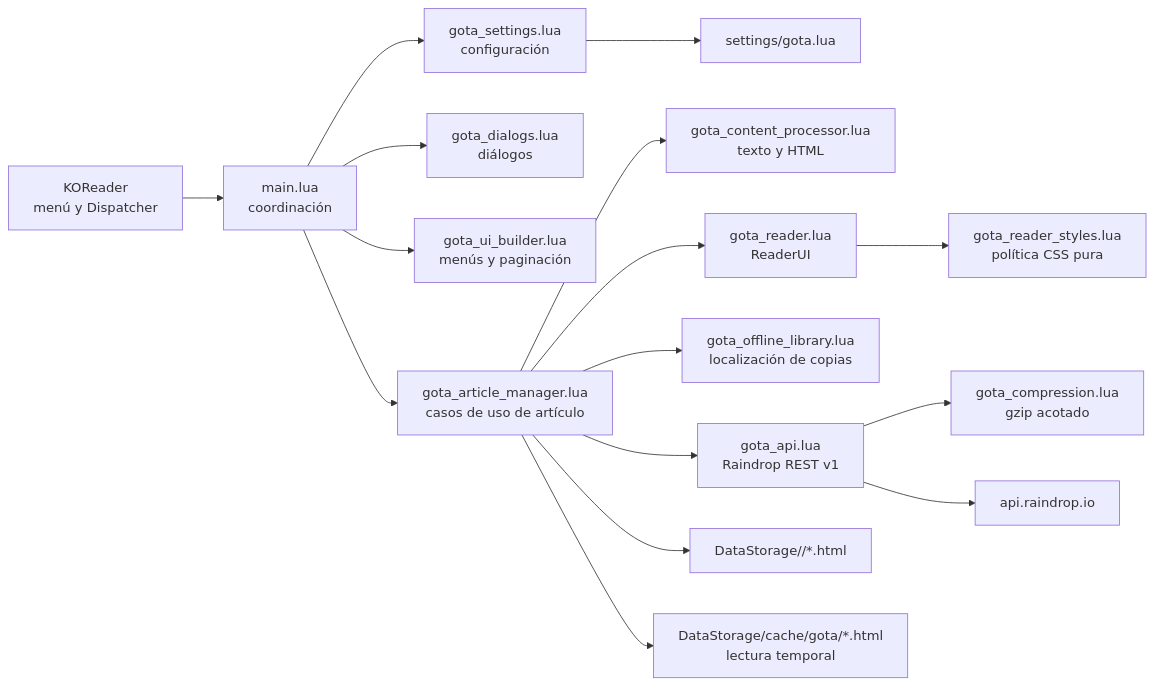
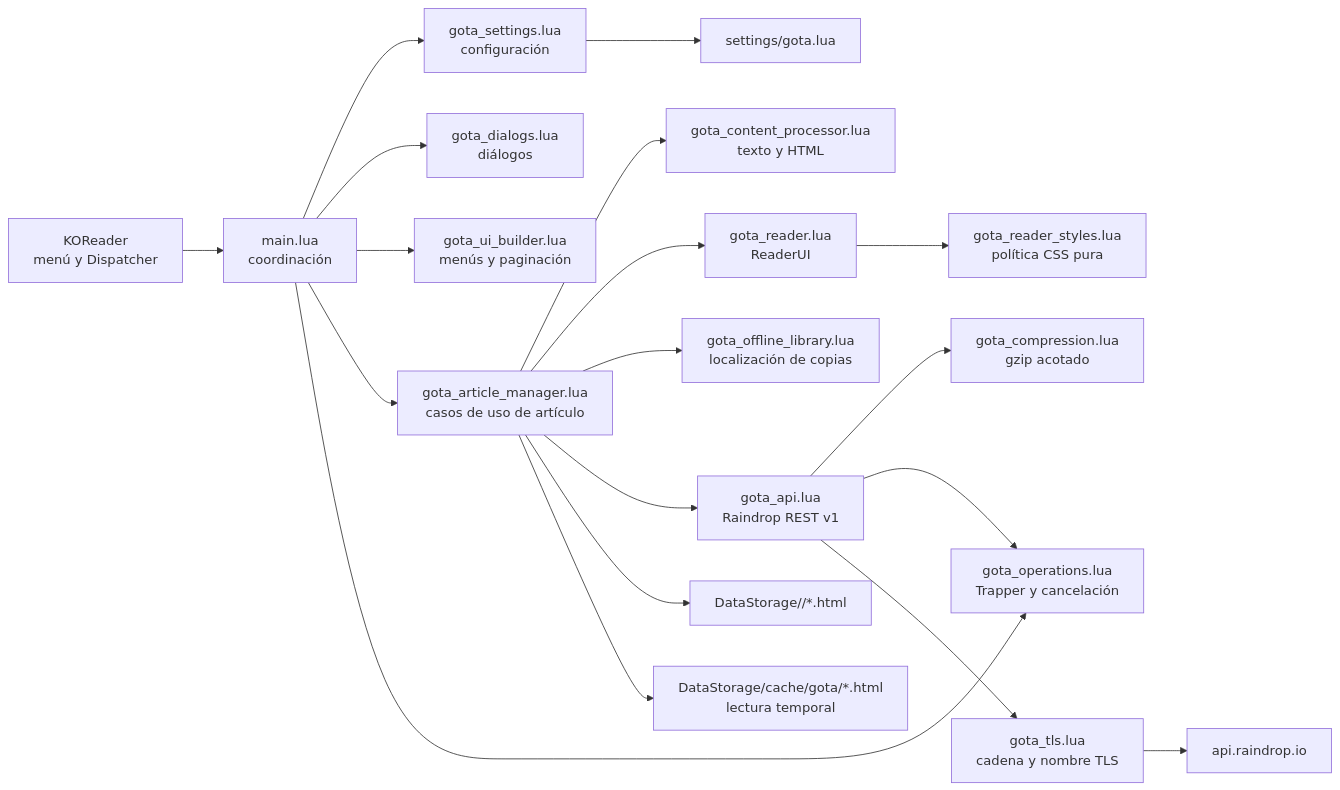
The first of 2 diagrams in gota.koplugin/ARCHITECTURE.md (cristenger/gota.koplugin-for-raindrop), drawn with Mermaid before and after one commit. The commit also changed other lines of this file and 30 other files, not shown here.

````diff
--- a/gota.koplugin/ARCHITECTURE.md
+++ b/gota.koplugin/ARCHITECTURE.md
@@ -13,18 +13,21 @@
 ```mermaid
 flowchart LR
     K["KOReader<br/>menú y Dispatcher"] --> M["main.lua<br/>coordinación"]
     M --> S["gota_settings.lua<br/>configuración"]
     M --> D["gota_dialogs.lua<br/>diálogos"]
     M --> U["gota_ui_builder.lua<br/>menús y paginación"]
     M --> A["gota_article_manager.lua<br/>casos de uso de artículo"]
     A --> C["gota_content_processor.lua<br/>texto y HTML"]
     A --> R["gota_reader.lua<br/>ReaderUI"]
     R --> Y["gota_reader_styles.lua<br/>política CSS pura"]
     A --> O["gota_offline_library.lua<br/>localización de copias"]
     A --> P["gota_api.lua<br/>Raindrop REST v1"]
     P --> Z["gota_compression.lua<br/>gzip acotado"]
-    P --> X["api.raindrop.io"]
+    M --> W["gota_operations.lua<br/>Trapper y cancelación"]
+    P --> W
+    P --> V["gota_tls.lua<br/>cadena y nombre TLS"]
+    V --> X["api.raindrop.io"]
     S --> F["settings/gota.lua"]
     A --> H["DataStorage/<download_path>/*.html"]
     A --> T["DataStorage/cache/gota/*.html<br/>lectura temporal"]
 ```
````
